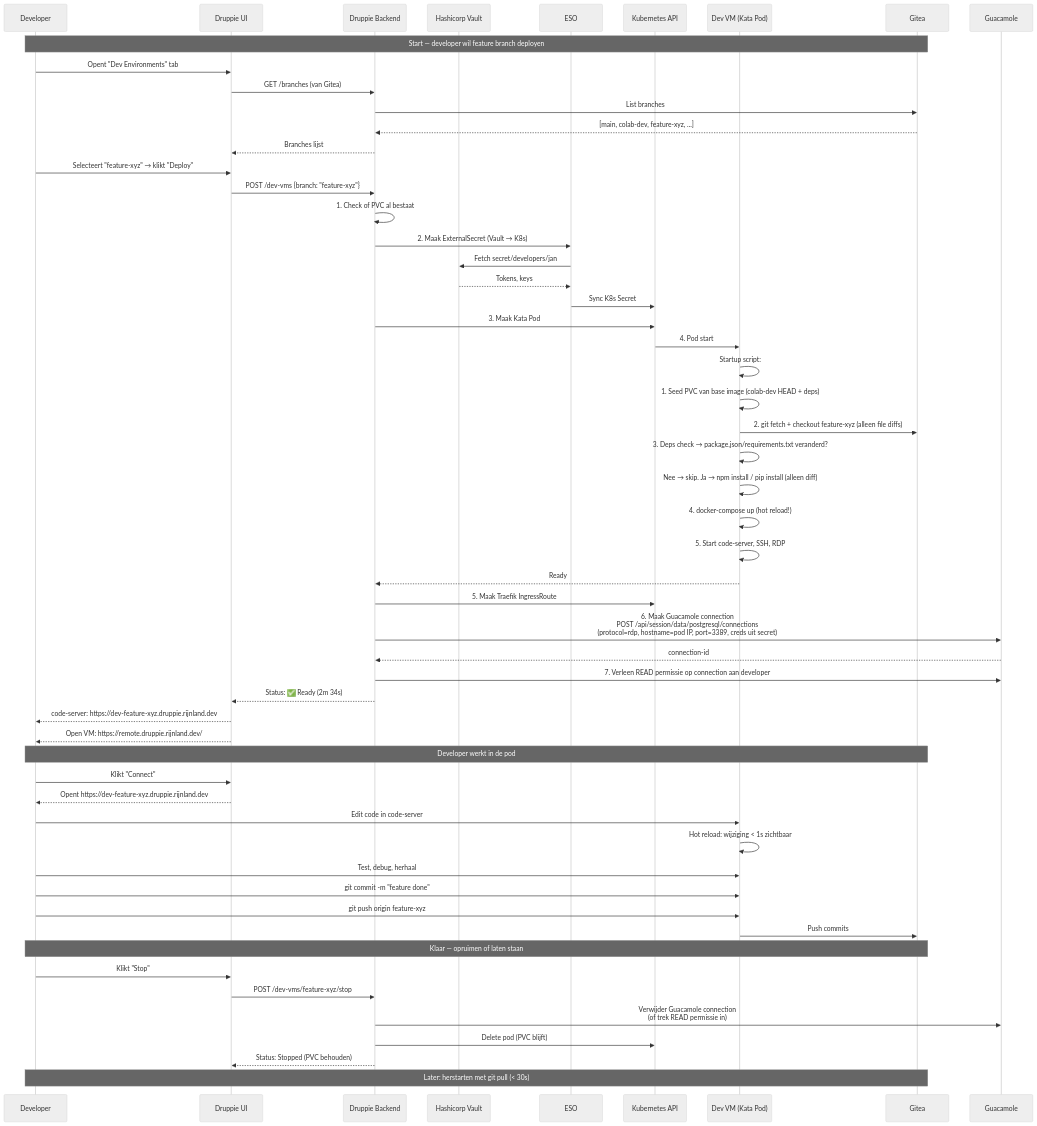
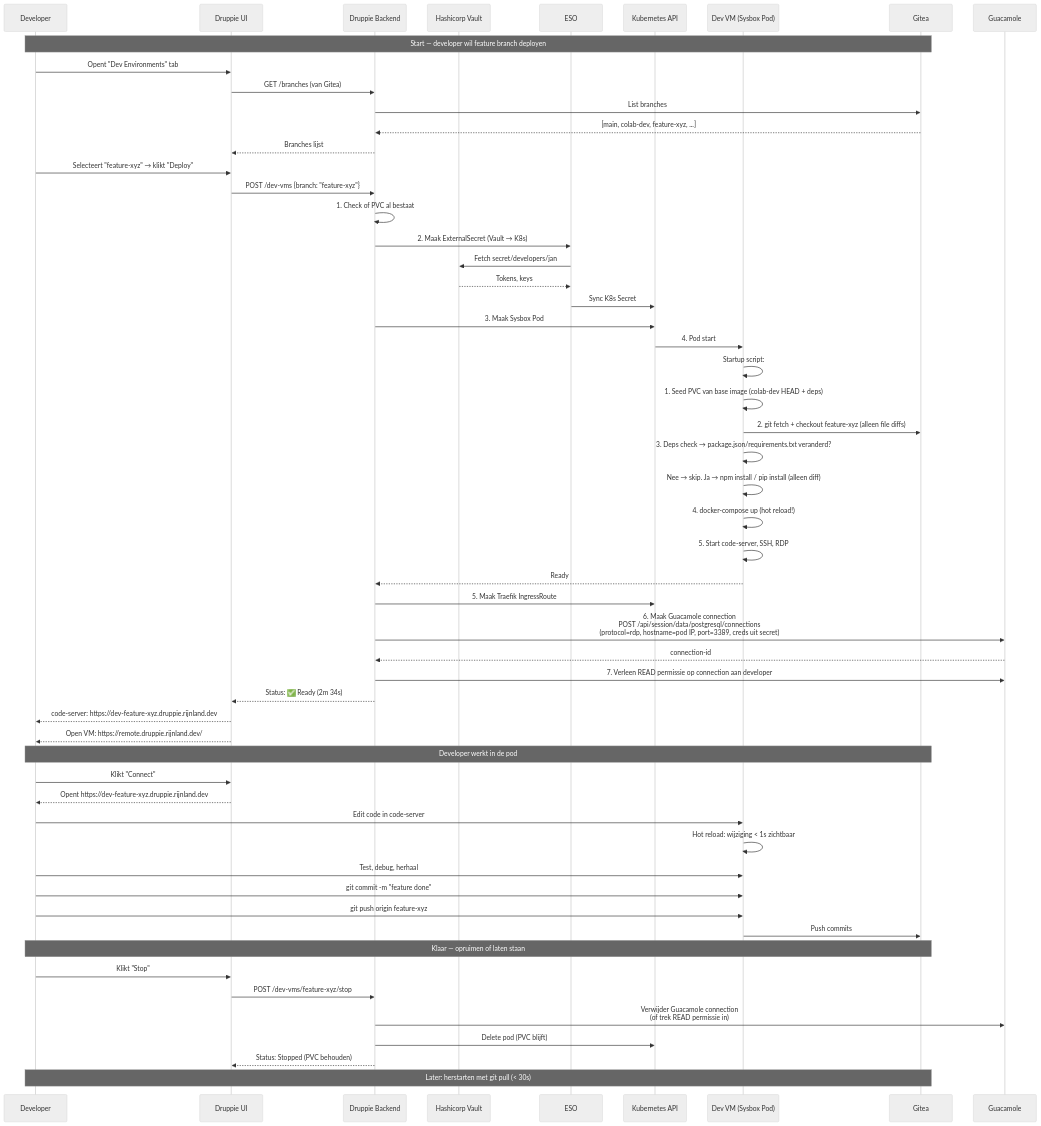
One commit to nuno-git/druppie-fork changed the eighth of 12 diagrams in docs/dev-environment-architecture.md. Above: the diagram before and after it, drawn with Mermaid (neutral theme). The commit also changed other lines of this file and 1 other file, not shown here.

First line of the commit message:
docs(dev-env): correct runtime to sysbox, document Kasm research

````diff
--- a/docs/dev-environment-architecture.md
+++ b/docs/dev-environment-architecture.md
@@ -610,71 +610,71 @@
 ```mermaid
 sequenceDiagram
     participant Dev as Developer
     participant UI as Druppie UI
     participant BE as Druppie Backend
     participant Vault as Hashicorp Vault
     participant ESO as ESO
     participant K8s as Kubernetes API
-    participant Pod as Dev VM (Kata Pod)
+    participant Pod as Dev VM (Sysbox Pod)
     participant Git as Gitea
     participant Guac as Guacamole
 
     Note over Dev,Git: Start — developer wil feature branch deployen
 
     Dev->>UI: Opent "Dev Environments" tab
     UI->>BE: GET /branches (van Gitea)
     BE->>Git: List branches
     Git-->>BE: [main, colab-dev, feature-xyz, ...]
     BE-->>UI: Branches lijst
 
     Dev->>UI: Selecteert "feature-xyz" → klikt "Deploy"
     UI->>BE: POST /dev-vms {branch: "feature-xyz"}
 
     BE->>BE: 1. Check of PVC al bestaat
     BE->>ESO: 2. Maak ExternalSecret (Vault → K8s)
     ESO->>Vault: Fetch secret/developers/jan
     Vault-->>ESO: Tokens, keys
     ESO->>K8s: Sync K8s Secret
 
-    BE->>K8s: 3. Maak Kata Pod
+    BE->>K8s: 3. Maak Sysbox Pod
     K8s->>Pod: 4. Pod start
 
     Pod->>Pod: Startup script:
     Pod->>Pod: 1. Seed PVC van base image (colab-dev HEAD + deps)
     Pod->>Git: 2. git fetch + checkout feature-xyz (alleen file diffs)
     Pod->>Pod: 3. Deps check → package.json/requirements.txt veranderd?
     Pod->>Pod:    Nee → skip. Ja → npm install / pip install (alleen diff)
     Pod->>Pod: 4. docker-compose up (hot reload!)
     Pod->>Pod: 5. Start code-server, SSH, RDP
 
     Pod-->>BE: Ready
     BE->>K8s: 5. Maak Traefik IngressRoute
     BE->>Guac: 6. Maak Guacamole connection<br/>POST /api/session/data/postgresql/connections<br/>(protocol=rdp, hostname=pod IP, port=3389, creds uit secret)
     Guac-->>BE: connection-id
     BE->>Guac: 7. Verleen READ permissie op connection aan developer
     BE-->>UI: Status: ✅ Ready (2m 34s)
     UI-->>Dev: code-server: https://dev-feature-xyz.druppie.rijnland.dev
     UI-->>Dev: Open VM: https://remote.druppie.rijnland.dev/#/client/&lt;encoded-id&gt;
 
     Note over Dev,Git: Developer werkt in de pod
 
     Dev->>UI: Klikt "Connect"
     UI-->>Dev: Opent https://dev-feature-xyz.druppie.rijnland.dev
     Dev->>Pod: Edit code in code-server
     Pod->>Pod: Hot reload: wijziging < 1s zichtbaar
     Dev->>Pod: Test, debug, herhaal
 
     Dev->>Pod: git commit -m "feature done"
     Dev->>Pod: git push origin feature-xyz
     Pod->>Git: Push commits
 
     Note over Dev,Git: Klaar — opruimen of laten staan
 
     Dev->>UI: Klikt "Stop"
     UI->>BE: POST /dev-vms/feature-xyz/stop
     BE->>Guac: Verwijder Guacamole connection<br/>(of trek READ permissie in)
     BE->>K8s: Delete pod (PVC blijft)
     BE-->>UI: Status: Stopped (PVC behouden)
 
     Note over Dev,Git: Later: herstarten met git pull (< 30s)
 ```
````
